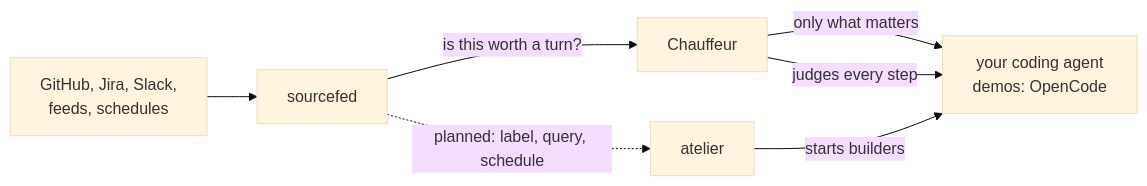
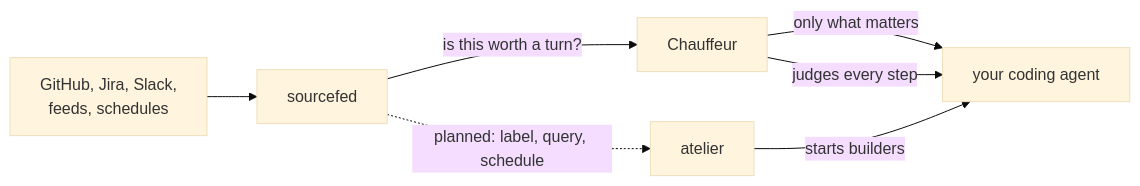
Before and after one commit to StevenJPx2/workhorse: the second of 3 diagrams in deck/slides.md, drawn with Mermaid (base theme). The commit also changed other lines of this file and 1 other file, not shown here.

````diff
--- a/deck/slides.md
+++ b/deck/slides.md
@@ -344,9 +570,9 @@
 ```mermaid {scale: 0.75}
 flowchart LR
     Sources["GitHub, Jira, Slack,<br/>feeds, schedules"] --> SF["sourcefed"]
     SF -- "is this worth a turn?" --> CH["Chauffeur"]
-    CH -- "only what matters" --> Agent["your coding agent<br/>demos: OpenCode"]
+    CH -- "only what matters" --> Agent["your coding agent"]
     CH -- "judges every step" --> Agent
     SF -. "planned: label, query, schedule" .-> AT["atelier"]
     AT -- "starts builders" --> Agent
 ```
````
